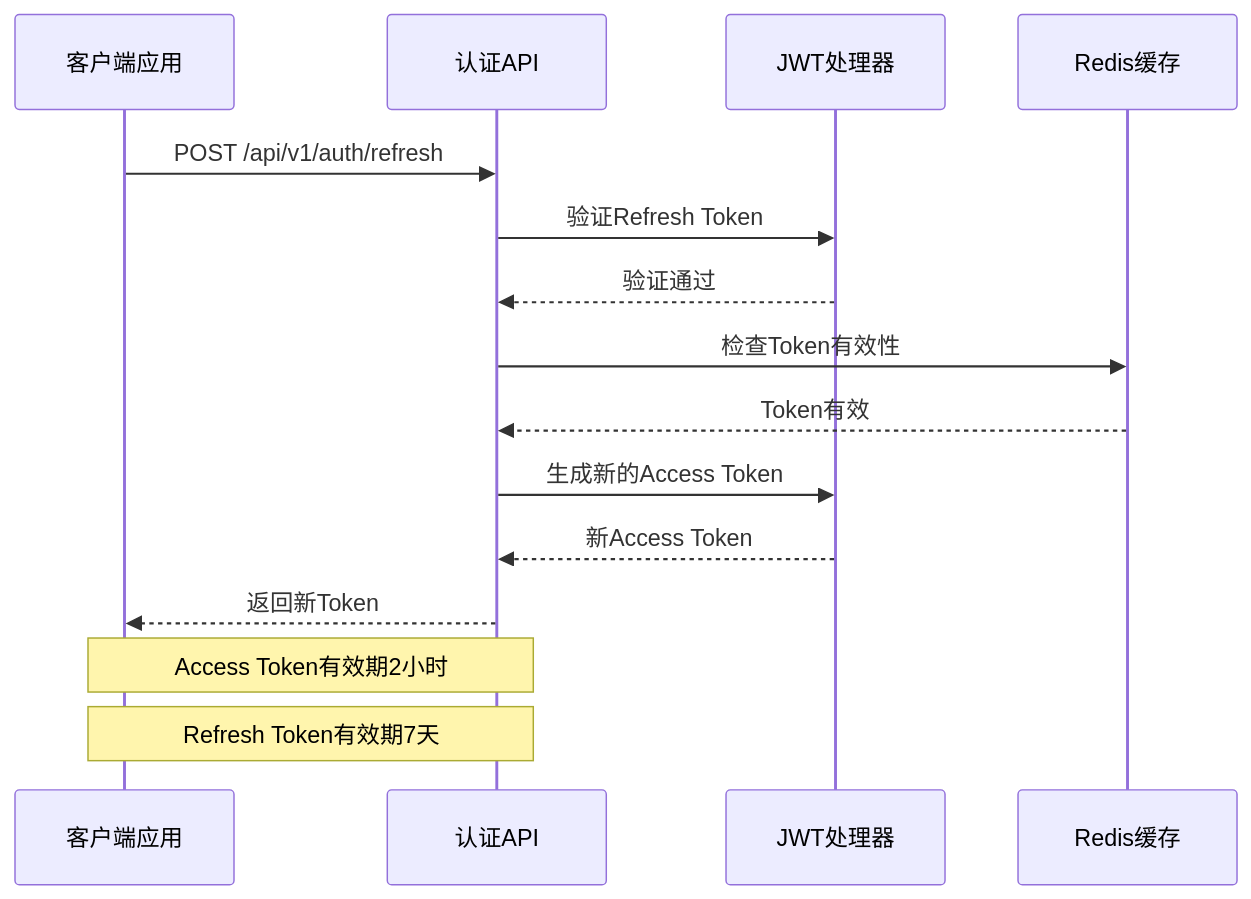
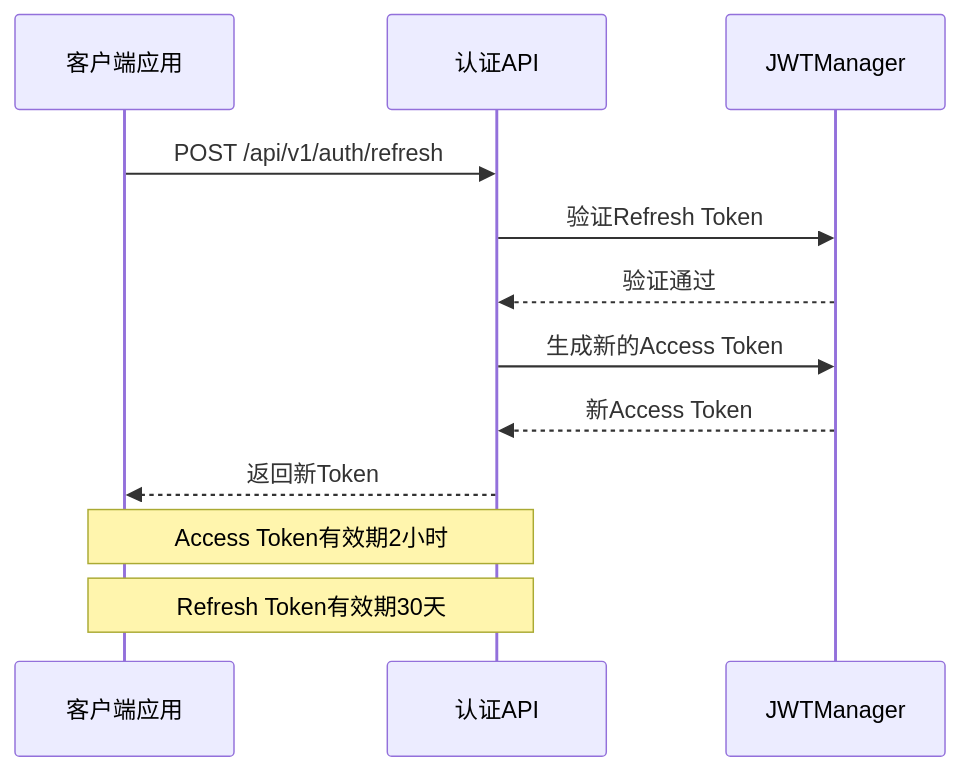
Before and after one commit to wyg5208/website_diy: the third of 7 diagrams in .qoder/repowiki/zh/content/API接口文档/用户认证API.md, drawn with Mermaid. The commit also changed other lines of this file and 43 other files, not shown here.

````diff
--- a/.qoder/repowiki/zh/content/API接口文档/用户认证API.md
+++ b/.qoder/repowiki/zh/content/API接口文档/用户认证API.md
@@ -138,17 +149,14 @@
 ```mermaid
 sequenceDiagram
 participant Client as 客户端应用
 participant AuthAPI as 认证API
-participant JWT as JWT处理器
-participant Redis as Redis缓存
+participant JWTManager as JWTManager
 Client->>AuthAPI : POST /api/v1/auth/refresh
-AuthAPI->>JWT : 验证Refresh Token
-JWT-->>AuthAPI : 验证通过
-AuthAPI->>Redis : 检查Token有效性
-Redis-->>AuthAPI : Token有效
-AuthAPI->>JWT : 生成新的Access Token
-JWT-->>AuthAPI : 新Access Token
+AuthAPI->>JWTManager : 验证Refresh Token
+JWTManager-->>AuthAPI : 验证通过
+AuthAPI->>JWTManager : 生成新的Access Token
+JWTManager-->>AuthAPI : 新Access Token
 AuthAPI-->>Client : 返回新Token
 Note over Client,AuthAPI : Access Token有效期2小时
-Note over Client,AuthAPI : Refresh Token有效期7天
+Note over Client,AuthAPI : Refresh Token有效期30天
 ```
````
